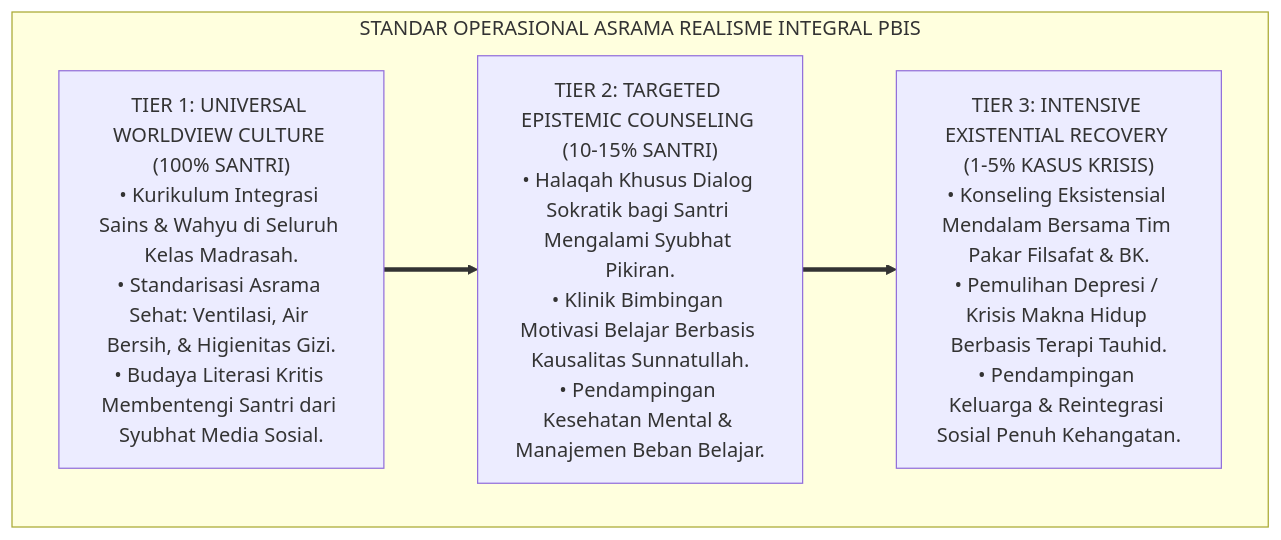
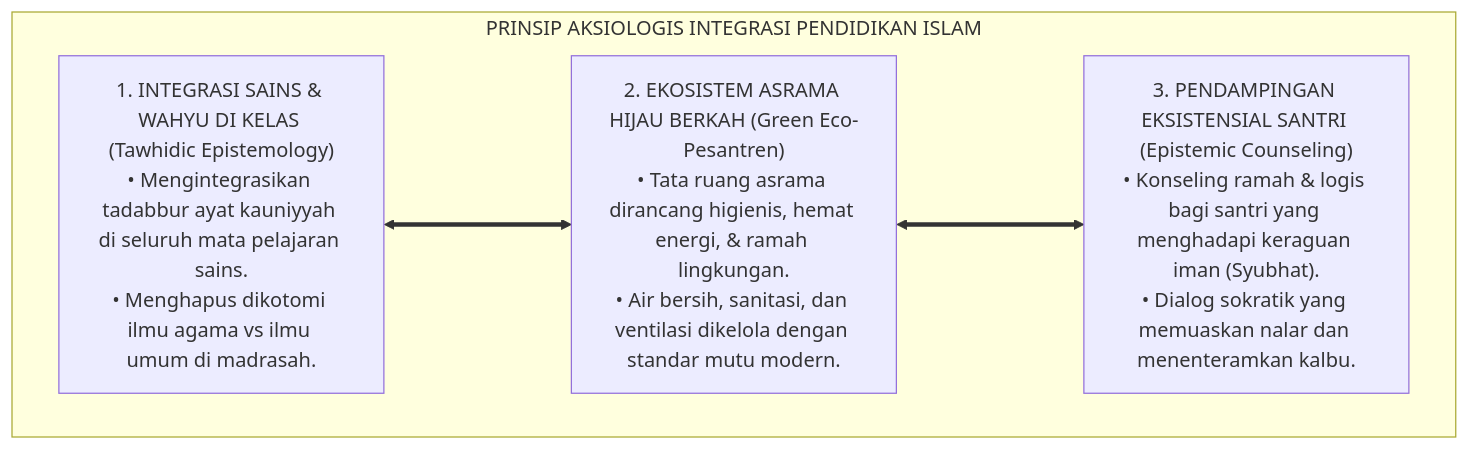
One commit to wandiapriliyandi/tumbuh changed the fifth of 5 diagrams in 01 Philosophy/01 Worldview/01 Hakikat Realitas/P1-01-01-05-Sintesis-Filosofis.md. Above: the diagram before and after it, drawn with Mermaid. The commit also changed other lines of this file and 8 other files, not shown here.

````diff
--- a/01 Philosophy/01 Worldview/01 Hakikat Realitas/P1-01-01-05-Sintesis-Filosofis.md
+++ b/01 Philosophy/01 Worldview/01 Hakikat Realitas/P1-01-01-05-Sintesis-Filosofis.md
@@ -244,13 +201,13 @@
 ```mermaid
 flowchart TD
-    subgraph StandarOperasionalSintesisPBIS["STANDAR OPERASIONAL ASRAMA REALISME INTEGRAL PBIS"]
+    subgraph EtikaTataKelolaSintesis["PRINSIP AKSIOLOGIS INTEGRASI PENDIDIKAN ISLAM"]
         
-        Tier1_D["TIER 1: UNIVERSAL WORLDVIEW CULTURE (100% SANTRI)<br/>• Kurikulum Integrasi Sains & Wahyu di Seluruh Kelas Madrasah.<br/>• Standarisasi Asrama Sehat: Ventilasi, Air Bersih, & Higienitas Gizi.<br/>• Budaya Literasi Kritis Membentengi Santri dari Syubhat Media Sosial."]
+        T1_E["1. INTEGRASI SAINS & WAHYU DI KELAS (Tawhidic Epistemology)<br/>• Mengintegrasikan tadabbur ayat kauniyyah di seluruh mata pelajaran sains.<br/>• Menghapus dikotomi ilmu agama vs ilmu umum di madrasah."]
         
-        Tier2_D["TIER 2: TARGETED EPISTEMIC COUNSELING (10-15% SANTRI)<br/>• Halaqah Khusus Dialog Sokratik bagi Santri Mengalami Syubhat Pikiran.<br/>• Klinik Bimbingan Motivasi Belajar Berbasis Kausalitas Sunnatullah.<br/>• Pendampingan Kesehatan Mental & Manajemen Beban Belajar."]
+        T2_E["2. EKOSISTEM ASRAMA HIJAU BERKAH (Green Eco-Pesantren)<br/>• Tata ruang asrama dirancang higienis, hemat energi, & ramah lingkungan.<br/>• Air bersih, sanitasi, dan ventilasi dikelola dengan standar mutu modern."]
         
-        Tier3_D["TIER 3: INTENSIVE EXISTENTIAL RECOVERY (1-5% KASUS KRISIS)<br/>• Konseling Eksistensial Mendalam Bersama Tim Pakar Filsafat & BK.<br/>• Pemulihan Depresi / Krisis Makna Hidup Berbasis Terapi Tauhid.<br/>• Pendampingan Keluarga & Reintegrasi Sosial Penuh Kehangatan."]
+        T3_E["3. PENDAMPINGAN EKSISTENSIAL SANTRI (Epistemic Counseling)<br/>• Konseling ramah & logis bagi santri yang menghadapi keraguan iman (Syubhat).<br/>• Dialog sokratik yang memuaskan nalar dan menenteramkan kalbu."]
         
-        Tier1_D ==> Tier2_D ==> Tier3_D
+        T1_E <===> T2_E <===> T3_E
     end
 ```
````
